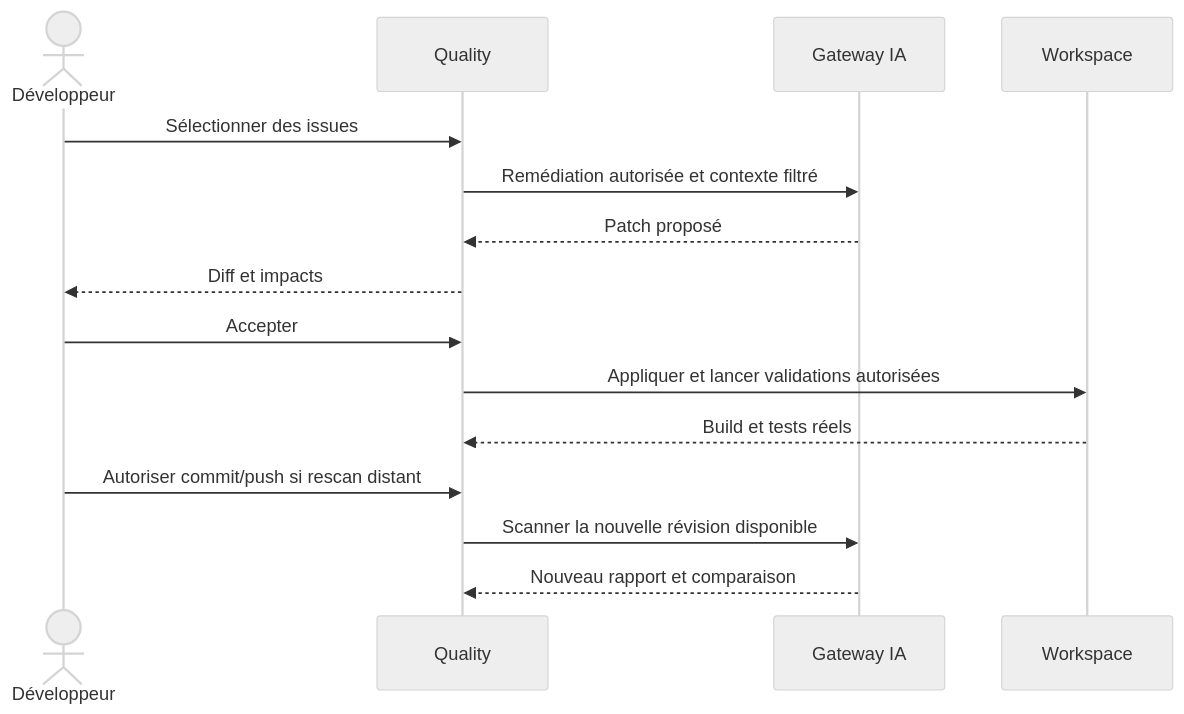
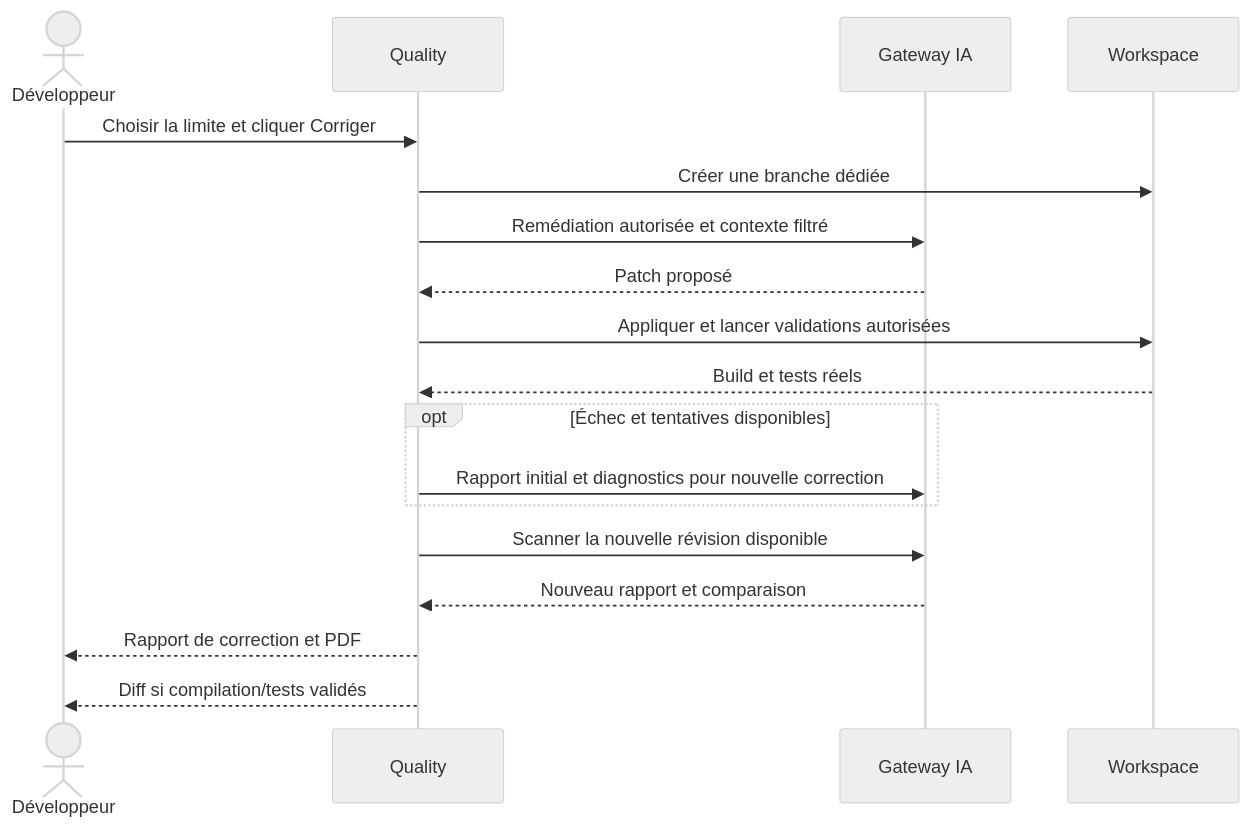
Before and after one commit to hbhassen/dev-ai-organisation: diagram 15 of 24 in specification.md, drawn with Mermaid (neutral theme). The commit also changed other lines of this file and 40 other files, not shown here.

````diff
--- a/specification.md
+++ b/specification.md
@@ -1011,17 +1013,20 @@
 ```mermaid
 sequenceDiagram
     actor D as Développeur
     participant Q as Quality
     participant G as Gateway IA
     participant W as Workspace
-    D->>Q: Sélectionner des issues
+    D->>Q: Choisir la limite et cliquer Corriger
+    Q->>W: Créer une branche dédiée
     Q->>G: Remédiation autorisée et contexte filtré
     G-->>Q: Patch proposé
-    Q-->>D: Diff et impacts
-    D->>Q: Accepter
     Q->>W: Appliquer et lancer validations autorisées
     W-->>Q: Build et tests réels
-    D->>Q: Autoriser commit/push si rescan distant
+    opt Échec et tentatives disponibles
+        Q->>G: Rapport initial et diagnostics pour nouvelle correction
+    end
     Q->>G: Scanner la nouvelle révision disponible
     G-->>Q: Nouveau rapport et comparaison
+    Q-->>D: Rapport de correction et PDF
+    Q-->>D: Diff si compilation/tests validés
 ```
````
